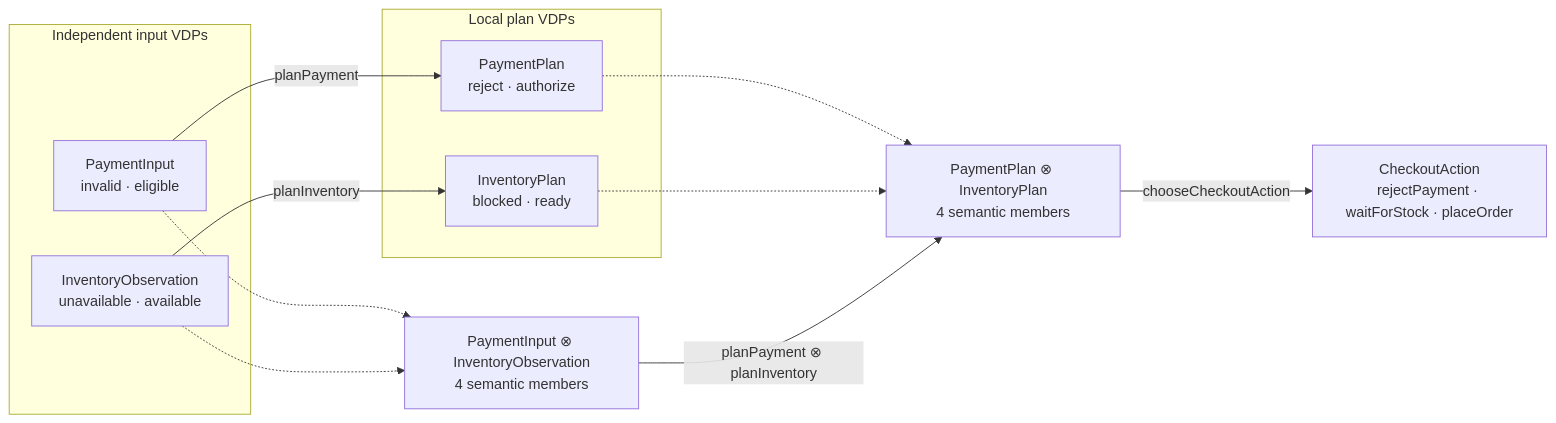
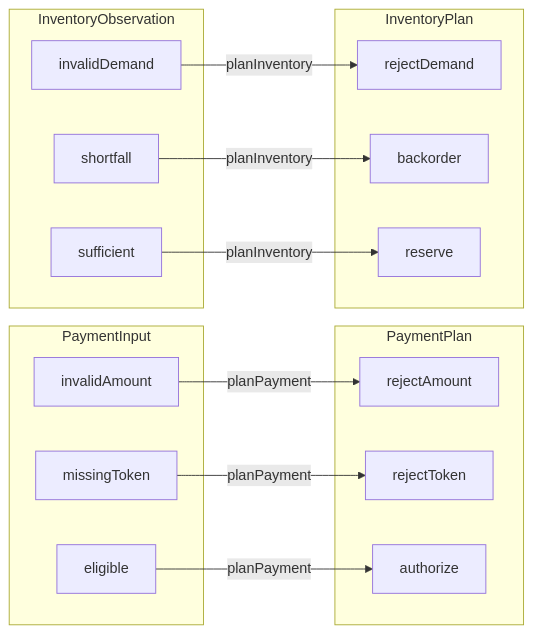
Before and after one commit to mrvanish97/archiscript: the second of 3 diagrams in README.md, drawn with Mermaid. The commit also changed other lines of this file and 1 other file, not shown here.

````diff
--- a/README.md
+++ b/README.md
@@ -388,27 +64,34 @@
 ```mermaid
 flowchart LR
-  subgraph INPUTS["Independent input VDPs"]
-    PI["PaymentInput<br/>invalid · eligible"]
-    II["InventoryObservation<br/>unavailable · available"]
+  subgraph PIN["PaymentInput"]
+    P0["invalidAmount"]
+    P1["missingToken"]
+    P2["eligible"]
   end
 
-  subgraph PLANS["Local plan VDPs"]
-    PP["PaymentPlan<br/>reject · authorize"]
-    IP["InventoryPlan<br/>blocked · ready"]
+  subgraph POUT["PaymentPlan"]
+    Q0["rejectAmount"]
+    Q1["rejectToken"]
+    Q2["authorize"]
   end
 
-  JOINT_IN["PaymentInput ⊗ InventoryObservation<br/>4 semantic members"]
-  JOINT_PLAN["PaymentPlan ⊗ InventoryPlan<br/>4 semantic members"]
-  ACTION["CheckoutAction<br/>rejectPayment · waitForStock · placeOrder"]
+  subgraph IIN["InventoryObservation"]
+    I0["invalidDemand"]
+    I1["shortfall"]
+    I2["sufficient"]
+  end
 
-  PI -->|"planPayment"| PP
-  II -->|"planInventory"| IP
+  subgraph IOUT["InventoryPlan"]
+    J0["rejectDemand"]
+    J1["backorder"]
+    J2["reserve"]
+  end
 
-  PI -.-> JOINT_IN
-  II -.-> JOINT_IN
-  PP -.-> JOINT_PLAN
-  IP -.-> JOINT_PLAN
+  P0 -->|"planPayment"| Q0
+  P1 -->|"planPayment"| Q1
+  P2 -->|"planPayment"| Q2
 
-  JOINT_IN -->|"planPayment ⊗ planInventory"| JOINT_PLAN
-  JOINT_PLAN -->|"chooseCheckoutAction"| ACTION
+  I0 -->|"planInventory"| J0
+  I1 -->|"planInventory"| J1
+  I2 -->|"planInventory"| J2
 ```
````
